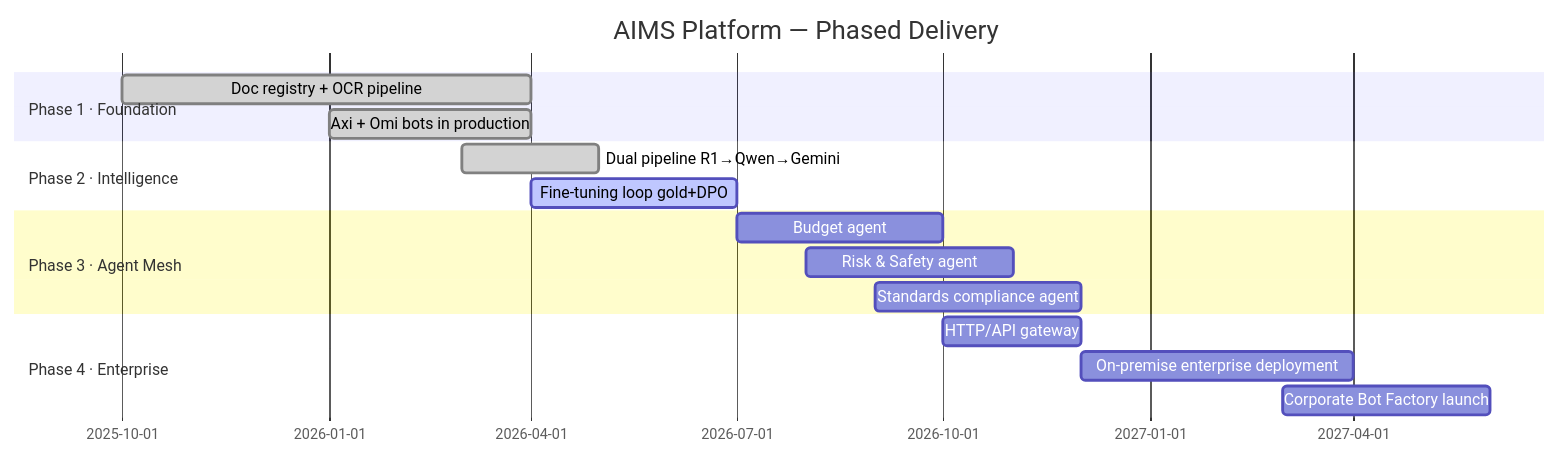
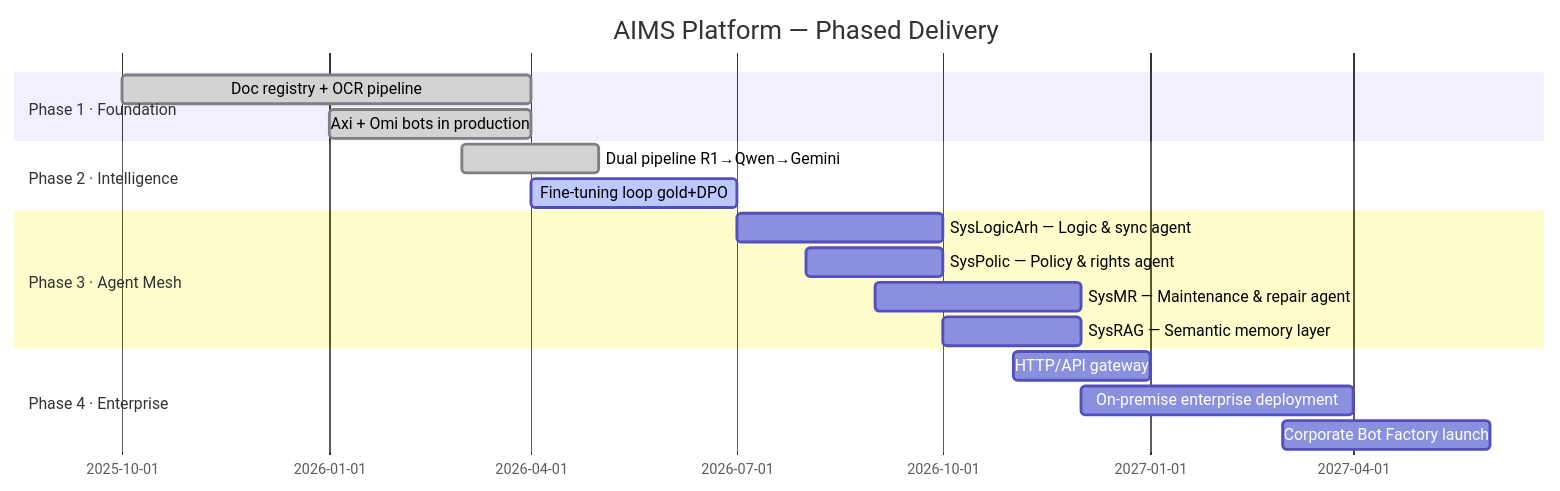
The eighth of 8 diagrams in README.md (AxiOMSphereAssistanceAIMS/AxiOMSphere), drawn with Mermaid before and after one commit. The commit also changed other lines of this file, not shown here.

````diff
--- a/README.md
+++ b/README.md
@@ -282,19 +520,20 @@
 ```mermaid
 gantt
     title AIMS Platform — Phased Delivery
     dateFormat  YYYY-MM
     section Phase 1 · Foundation
     Doc registry + OCR pipeline        :done, a1, 2025-10, 6M
     Axi + Omi bots in production       :done, a2, 2026-01, 3M
     section Phase 2 · Intelligence
     Dual pipeline R1→Qwen→Gemini       :done, a3, 2026-03, 2M
     Fine-tuning loop gold+DPO          :active, a4, 2026-04, 3M
     section Phase 3 · Agent Mesh
-    Budget agent                       :a5, 2026-07, 3M
-    Risk & Safety agent                :a6, 2026-08, 3M
-    Standards compliance agent         :a7, 2026-09, 3M
+    SysLogicArh — Logic & sync agent   :a5, 2026-07, 3M
+    SysPolic — Policy & rights agent   :a6, 2026-08, 2M
+    SysMR — Maintenance & repair agent :a7, 2026-09, 3M
+    SysRAG — Semantic memory layer     :a8, 2026-10, 2M
     section Phase 4 · Enterprise
-    HTTP/API gateway                   :a8, 2026-10, 2M
-    On-premise enterprise deployment   :a9, 2026-12, 4M
-    Corporate Bot Factory launch       :a10, 2027-03, 3M
+    HTTP/API gateway                   :a9, 2026-11, 2M
+    On-premise enterprise deployment   :a10, 2026-12, 4M
+    Corporate Bot Factory launch       :a11, 2027-03, 3M
 ```
````
